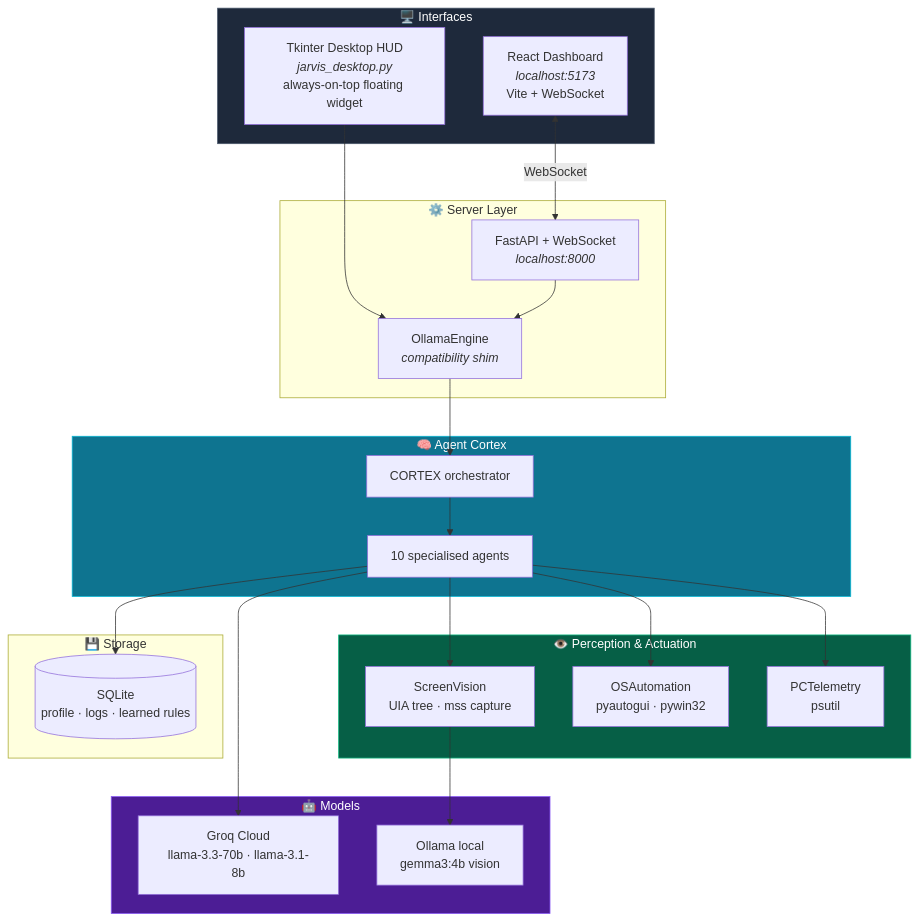
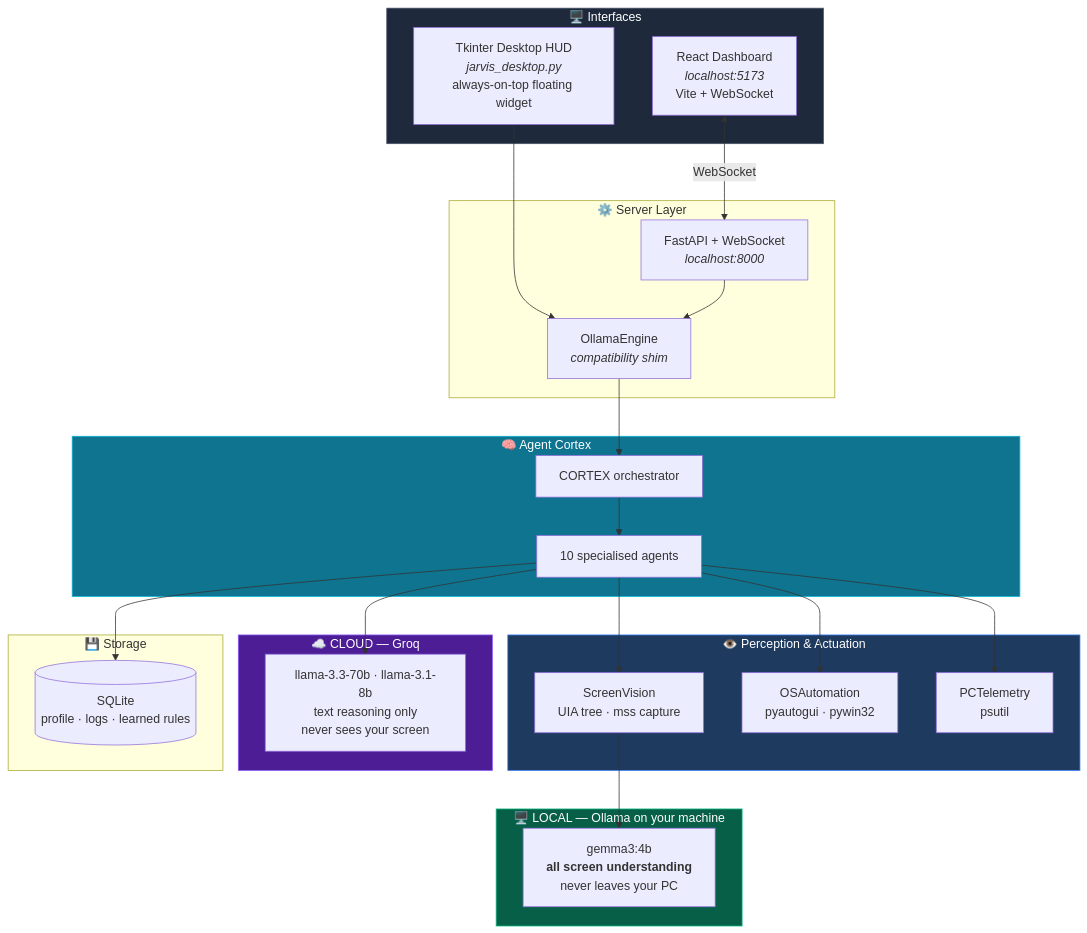
Before and after one commit to SwaRaaaj/Jarvis2.0: the first of 6 diagrams in README.md, drawn with Mermaid. The commit also changed other lines of this file and 13 other files, not shown here.

````diff
--- a/README.md
+++ b/README.md
@@ -145,49 +151,53 @@
 ```mermaid
 flowchart TB
     subgraph Interfaces["🖥️  Interfaces"]
         HUD["Tkinter Desktop HUD<br/><i>jarvis_desktop.py</i><br/>always-on-top floating widget"]
         WEB["React Dashboard<br/><i>localhost:5173</i><br/>Vite + WebSocket"]
     end
 
     subgraph Server["⚙️  Server Layer"]
         API["FastAPI + WebSocket<br/><i>localhost:8000</i>"]
         ENG["OllamaEngine<br/><i>compatibility shim</i>"]
     end
 
     subgraph Brain["🧠  Agent Cortex"]
         CORTEX["CORTEX orchestrator"]
         AGENTS["10 specialised agents"]
     end
 
     subgraph Perception["👁️  Perception & Actuation"]
         SV["ScreenVision<br/>UIA tree · mss capture"]
         OS["OSAutomation<br/>pyautogui · pywin32"]
         TEL["PCTelemetry<br/>psutil"]
     end
 
-    subgraph Models["🤖  Models"]
-        GROQ["Groq Cloud<br/>llama-3.3-70b · llama-3.1-8b"]
-        OLLAMA["Ollama local<br/>gemma3:4b vision"]
+    subgraph Local["🖥️  LOCAL — Ollama on your machine"]
+        OLLAMA["gemma3:4b<br/><b>all screen understanding</b><br/>never leaves your PC"]
+    end
+
+    subgraph Cloud["☁️  CLOUD — Groq"]
+        GROQ["llama-3.3-70b · llama-3.1-8b<br/>text reasoning only<br/>never sees your screen"]
     end
 
     subgraph Storage["💾  Storage"]
         DB[("SQLite<br/>profile · logs · learned rules")]
     end
 
     HUD --> ENG
     WEB <-->|WebSocket| API
     API --> ENG
     ENG --> CORTEX
     CORTEX --> AGENTS
     AGENTS --> SV
     AGENTS --> OS
     AGENTS --> TEL
     AGENTS --> GROQ
     SV --> OLLAMA
     AGENTS --> DB
 
     style Brain fill:#0e7490,stroke:#06b6d4,color:#fff
     style Interfaces fill:#1e293b,stroke:#475569,color:#fff
-    style Models fill:#4c1d95,stroke:#8b5cf6,color:#fff
-    style Perception fill:#065f46,stroke:#10b981,color:#fff
+    style Local fill:#065f46,stroke:#10b981,color:#fff
+    style Cloud fill:#4c1d95,stroke:#8b5cf6,color:#fff
+    style Perception fill:#1e3a5f,stroke:#3b82f6,color:#fff
 ```
````
